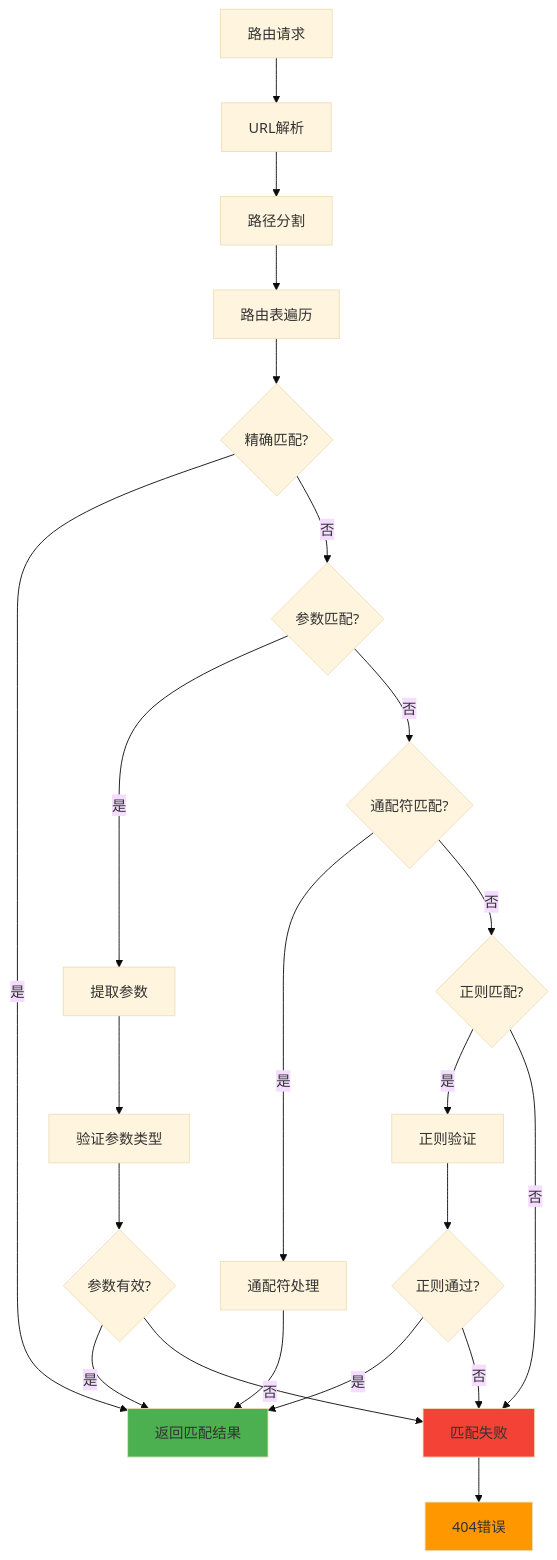
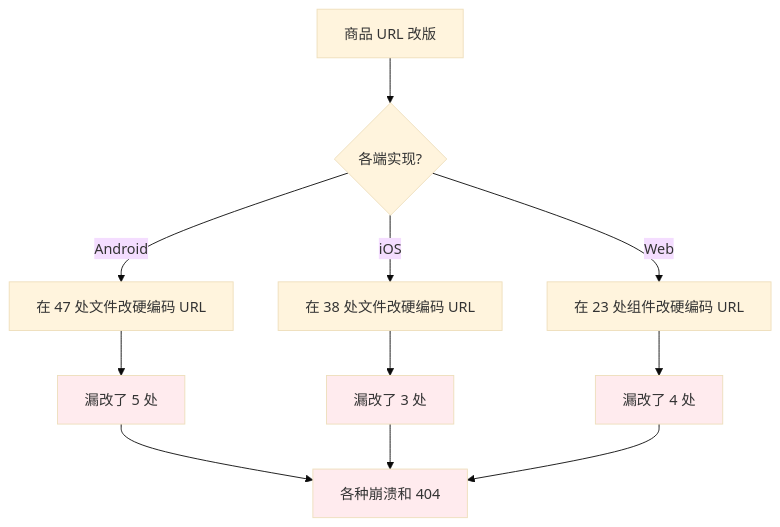
The first of 12 diagrams in 00.通用技术的提升/07.方案设计思想/卷三-通信与协议/15.路由库设计思想.md (chongyang211/YCBookBlog), drawn with Mermaid (base theme) before and after one commit. The commit also changed other lines of this file and 44 other files, not shown here.

````diff
--- a/00.通用技术的提升/07.方案设计思想/卷三-通信与协议/15.路由库设计思想.md
+++ b/00.通用技术的提升/07.方案设计思想/卷三-通信与协议/15.路由库设计思想.md
@@ -167,36 +63,18 @@
 ```mermaid
-graph TD
-    A[路由请求] --> B[URL解析]
-    B --> C[路径分割]
-    C --> D[路由表遍历]
+flowchart TD
+    A[商品 URL 改版] --> B{各端实现?}
+    B -->|Android| And[在 47 处文件改硬编码 URL]
+    B -->|iOS| iOS[在 38 处文件改硬编码 URL]
+    B -->|Web| Web[在 23 处组件改硬编码 URL]
     
-    D --> E{精确匹配?}
-    E -->|是| F[返回匹配结果]
-    E -->|否| G{参数匹配?}
+    And --> Miss1[漏改了 5 处]
+    iOS --> Miss2[漏改了 3 处]
+    Web --> Miss3[漏改了 4 处]
     
-    G -->|是| H[提取参数]
-    G -->|否| I{通配符匹配?}
+    Miss1 & Miss2 & Miss3 --> Crash[各种崩溃和 404]
     
-    H --> J[验证参数类型]
-    J --> K{参数有效?}
-    K -->|是| F
-    K -->|否| L[匹配失败]
-    
-    I -->|是| M[通配符处理]
-    I -->|否| N{正则匹配?}
-    
-    M --> F
-    
-    N -->|是| O[正则验证]
-    N -->|否| L
-    
-    O --> P{正则通过?}
-    P -->|是| F
-    P -->|否| L
-    
-    L --> Q[404错误]
-    
-    style F fill:#4caf50
-    style L fill:#f44336
-    style Q fill:#ff9800
+    style Miss1 fill:#ffebee
+    style Miss2 fill:#ffebee
+    style Miss3 fill:#ffebee
+    style Crash fill:#ffebee
 ```
````
